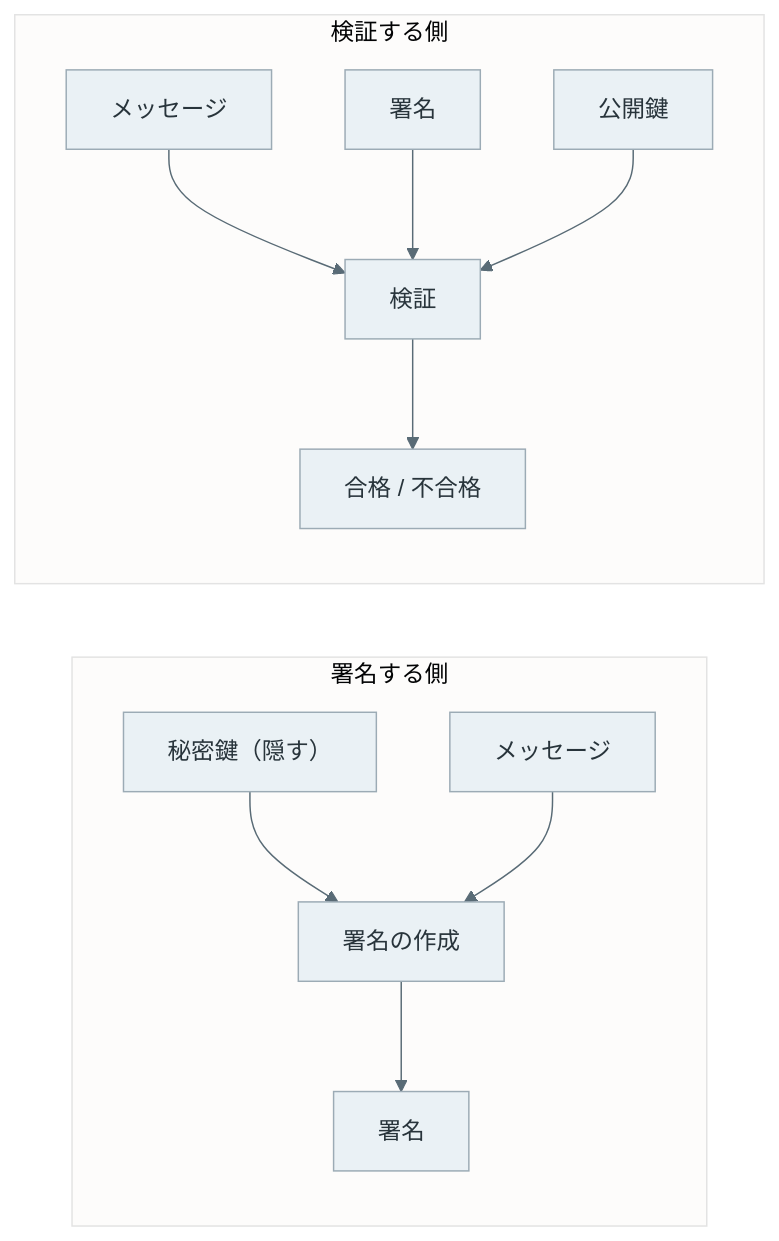
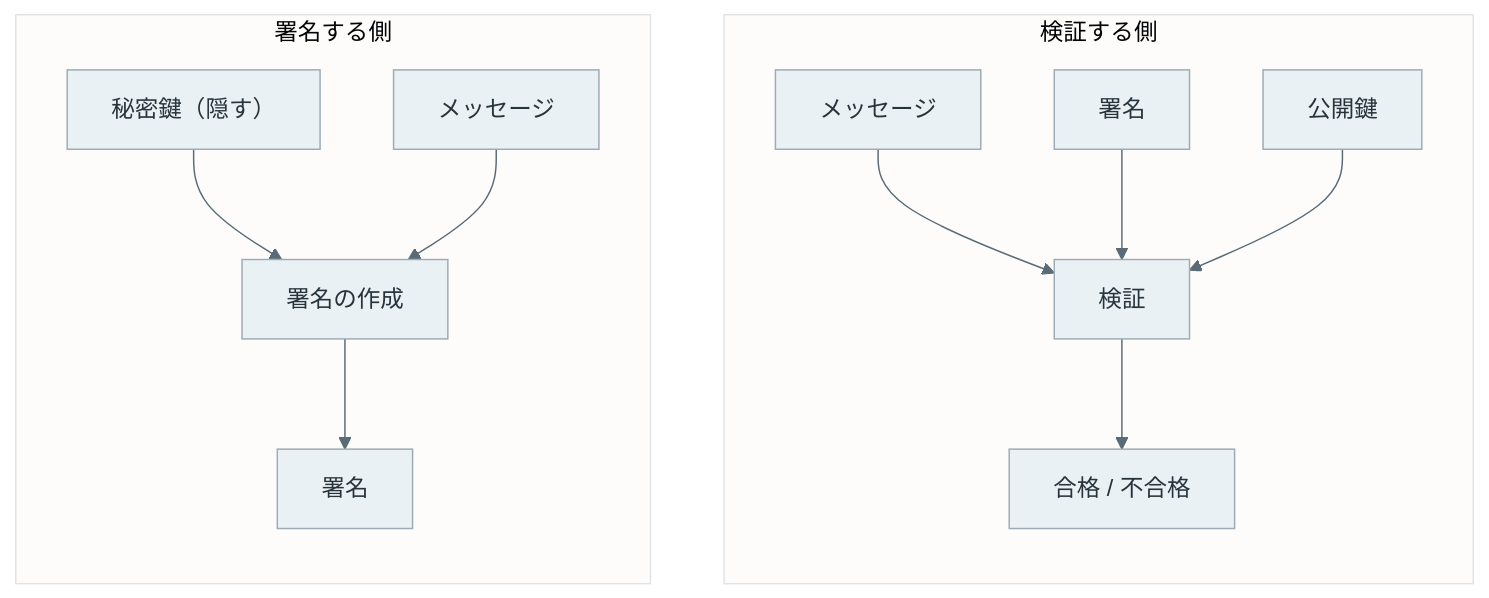
The first of 6 diagrams in content/notes/blockchain-systems/digital-signature/index.md (nao1215/debimate), drawn with Mermaid before and after one commit. The commit also changed other lines of this file and 101 other files, not shown here.

Commit message:
feat(notes): add blockchain labs and improve technical diagrams

````diff
--- a/content/notes/blockchain-systems/digital-signature/index.md
+++ b/content/notes/blockchain-systems/digital-signature/index.md
@@ -16,16 +17,17 @@
 ```mermaid
 %%{init: {"theme":"base","themeVariables":{"primaryColor":"#eaf1f5","primaryTextColor":"#28343b","primaryBorderColor":"#9cabb5","lineColor":"#596b76","textColor":"#28343b","actorBkg":"#eaf1f5","actorBorder":"#9cabb5","actorTextColor":"#28343b","actorLineColor":"#9cabb5","signalColor":"#596b76","signalTextColor":"#28343b","noteBkgColor":"#f7f1e5","noteBorderColor":"#c5b99b","noteTextColor":"#403c32","activationBkgColor":"#edf3ef","activationBorderColor":"#9aafa1"}}}%%
 flowchart LR
     subgraph Signer["署名する側"]
         SK["秘密鍵（隠す）"] --> S["署名の作成"]
         M["メッセージ"] --> S
         S --> SIG["署名"]
     end
     subgraph Verifier["検証する側"]
         M2["メッセージ"] --> V["検証"]
         SIG2["署名"] --> V
         PK["公開鍵"] --> V
         V --> R["合格 / 不合格"]
     end
+    Signer ~~~ Verifier
     classDef default fill:#eaf1f5,stroke:#9cabb5,color:#28343b;
 ```
````
